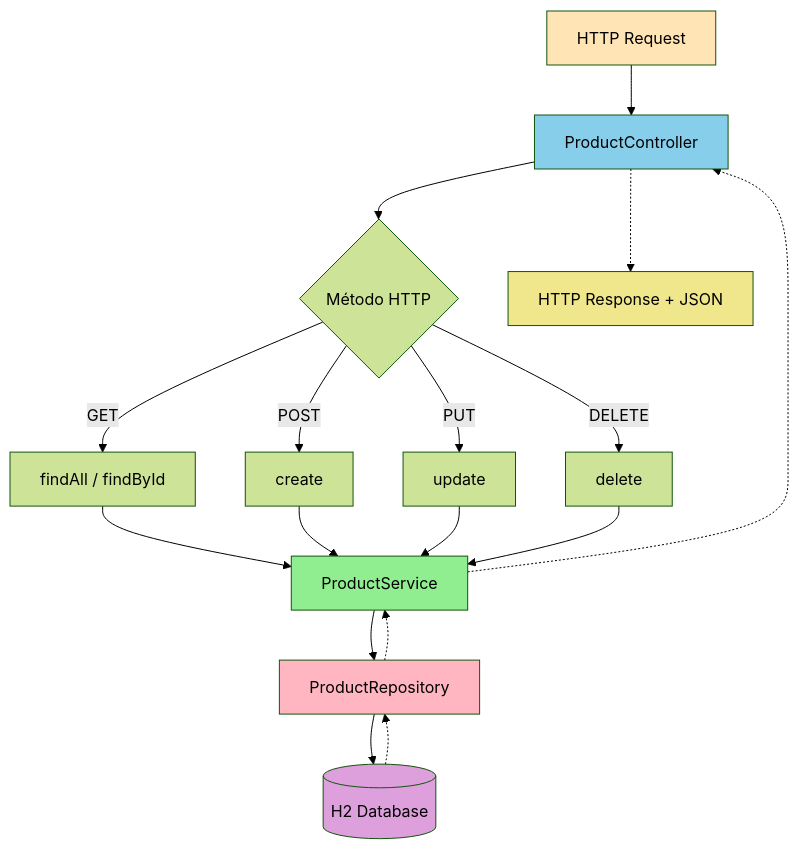
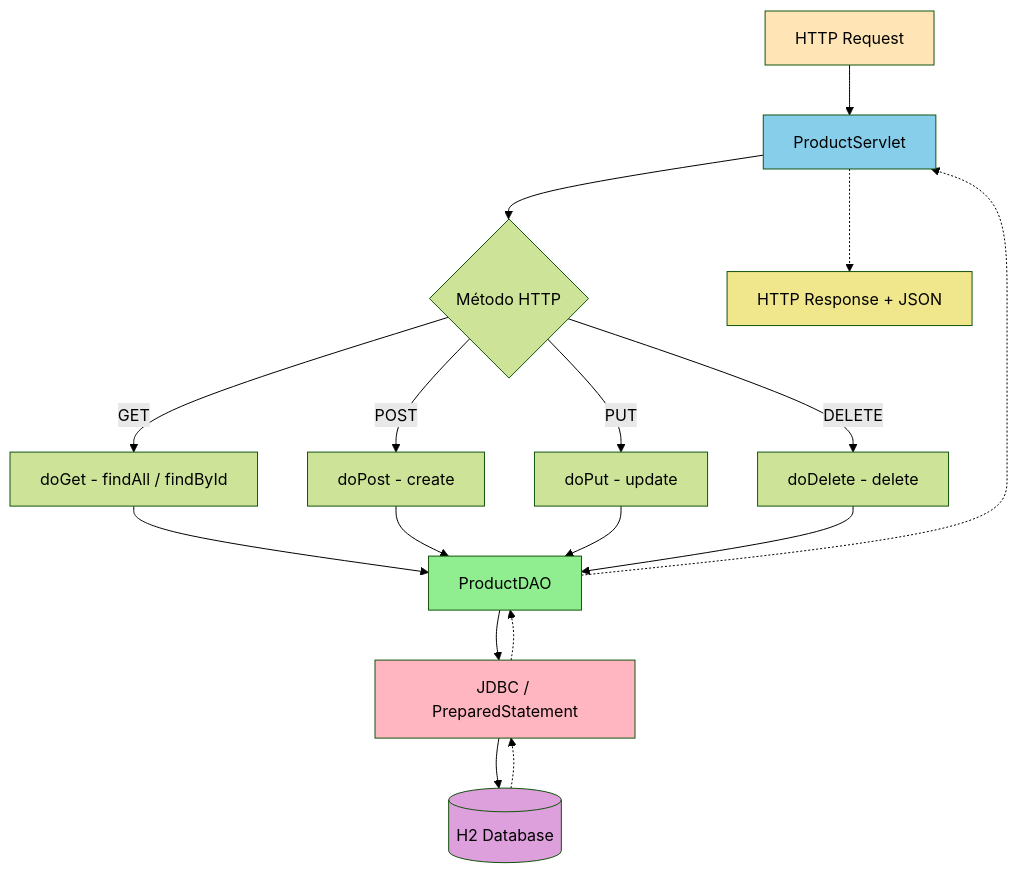
One commit to deusemarjunior/trein-java-intermed changed the diagram in dia-01/slide-12.md. Above: the diagram before and after it, drawn with Mermaid (forest theme). The commit also changed other lines of this file and 89 other files, not shown here.

````diff
--- a/dia-01/slide-12.md
+++ b/dia-01/slide-12.md
@@ -13,29 +13,29 @@
 ```mermaid
 flowchart TD
-    A[HTTP Request] --> B[ProductController]
+    A[HTTP Request] --> B[ProductServlet]
     B --> C{Método HTTP}
-    C -->|GET| D[findAll / findById]
-    C -->|POST| E[create]
-    C -->|PUT| F[update]
-    C -->|DELETE| G[delete]
+    C -->|GET| D[doGet - findAll / findById]
+    C -->|POST| E[doPost - create]
+    C -->|PUT| F[doPut - update]
+    C -->|DELETE| G[doDelete - delete]
     
-    D --> H[ProductService]
+    D --> H[ProductDAO]
     E --> H
     F --> H
     G --> H
     
-    H --> I[ProductRepository]
+    H --> I[JDBC / PreparedStatement]
     I --> J[(H2 Database)]
     
     J -.-> I
     I -.-> H
     H -.-> B
     B -.-> K[HTTP Response + JSON]
     
     style A fill:#FFE4B5
     style B fill:#87CEEB
     style H fill:#90EE90
     style I fill:#FFB6C1
     style J fill:#DDA0DD
     style K fill:#F0E68C
 ```
````
